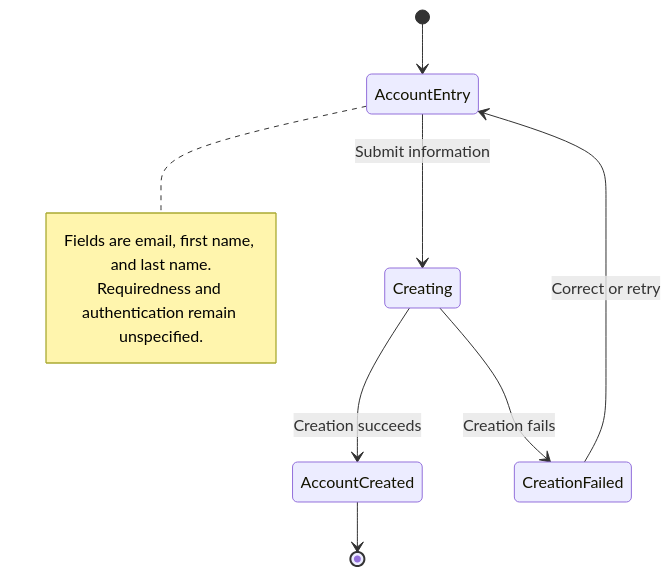
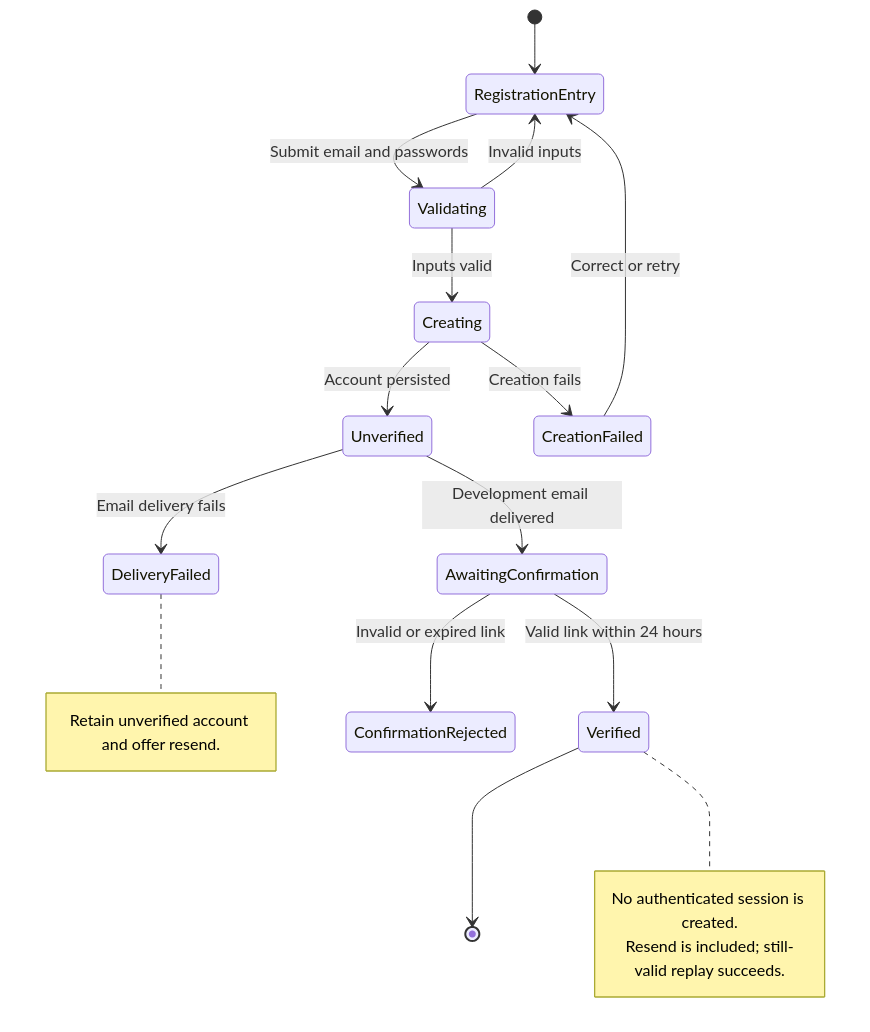
The diagram in docs/v1.0/use_cases/UC-001_create-a-user-account/states.md (juliantiu/personal-finance), drawn with Mermaid before and after one commit. The commit also changed other lines of this file and 30 other files, not shown here.

Commit message:
implemented user registration, email confirmation, and sign-in without database

````diff
--- a/docs/v1.0/use_cases/UC-001_create-a-user-account/states.md
+++ b/docs/v1.0/use_cases/UC-001_create-a-user-account/states.md
@@ -9,13 +7,22 @@
 ```mermaid
 stateDiagram-v2
-    [*] --> AccountEntry
-    AccountEntry --> Creating: Submit information
-    Creating --> AccountCreated: Creation succeeds
+    [*] --> RegistrationEntry
+    RegistrationEntry --> Validating: Submit email and passwords
+    Validating --> RegistrationEntry: Invalid inputs
+    Validating --> Creating: Inputs valid
+    Creating --> Unverified: Account persisted
     Creating --> CreationFailed: Creation fails
-    CreationFailed --> AccountEntry: Correct or retry
-    AccountCreated --> [*]
-    note right of AccountEntry
-        Fields are email, first name, and last name.
-        Requiredness and authentication remain unspecified.
+    CreationFailed --> RegistrationEntry: Correct or retry
+    Unverified --> AwaitingConfirmation: Development email delivered
+    Unverified --> DeliveryFailed: Email delivery fails
+    AwaitingConfirmation --> Verified: Valid link within 24 hours
+    AwaitingConfirmation --> ConfirmationRejected: Invalid or expired link
+    Verified --> [*]
+    note right of DeliveryFailed
+        Retain unverified account and offer resend.
+    end note
+    note right of Verified
+        No authenticated session is created.
+        Resend is included; still-valid replay succeeds.
     end note
 ```
````
